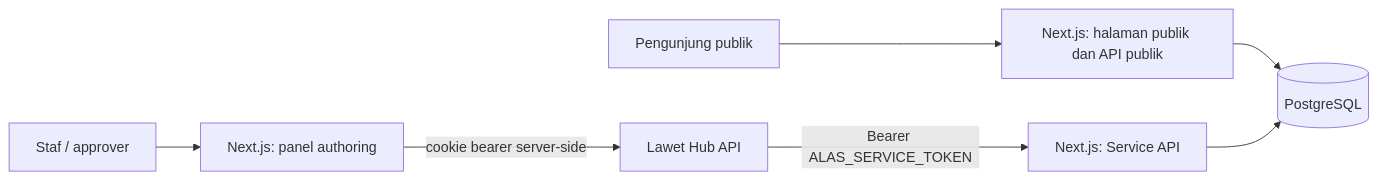
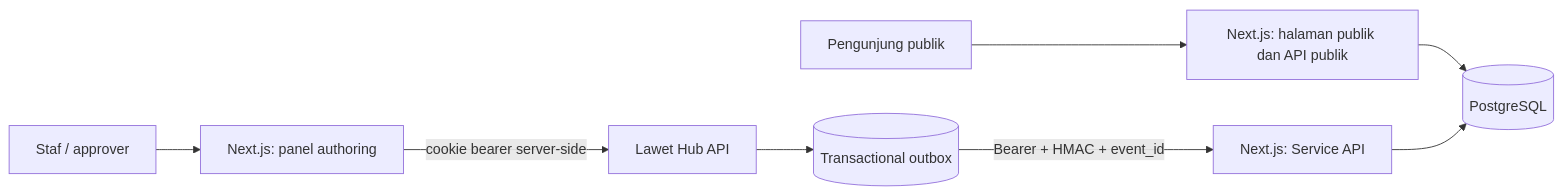
One commit to MohammadNasrullohh/etalase changed the diagram in docs/architecture/ARCHITECTURE.md. Above: the diagram before and after it, drawn with Mermaid. The commit also changed other lines of this file and 27 other files, not shown here.

````diff
--- a/docs/architecture/ARCHITECTURE.md
+++ b/docs/architecture/ARCHITECTURE.md
@@ -5,9 +5,10 @@
 ```mermaid
 flowchart LR
     Public[Pengunjung publik] --> Web[Next.js: halaman publik dan API publik]
     Staff[Staf / approver] --> Panel[Next.js: panel authoring]
     Panel -->|cookie bearer server-side| Lawet[Lawet Hub API]
-    Lawet -->|Bearer ALAS_SERVICE_TOKEN| Service[Next.js: Service API]
+    Lawet --> Outbox[(Transactional outbox)]
+    Outbox -->|Bearer + HMAC + event_id| Service[Next.js: Service API]
     Web --> DB[(PostgreSQL)]
     Service --> DB
 ```
````
